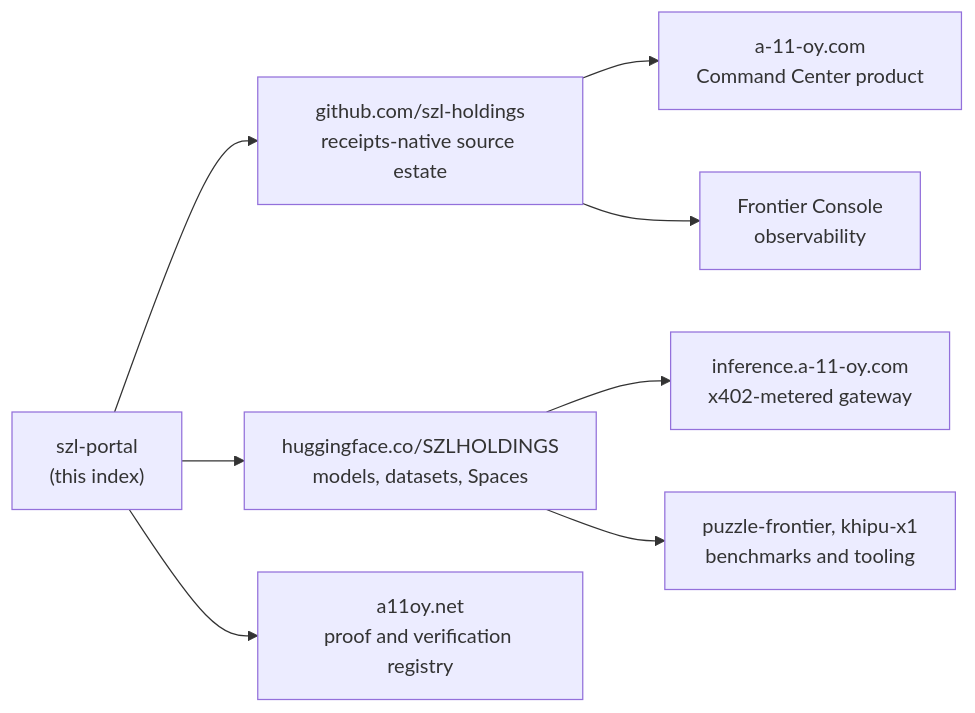
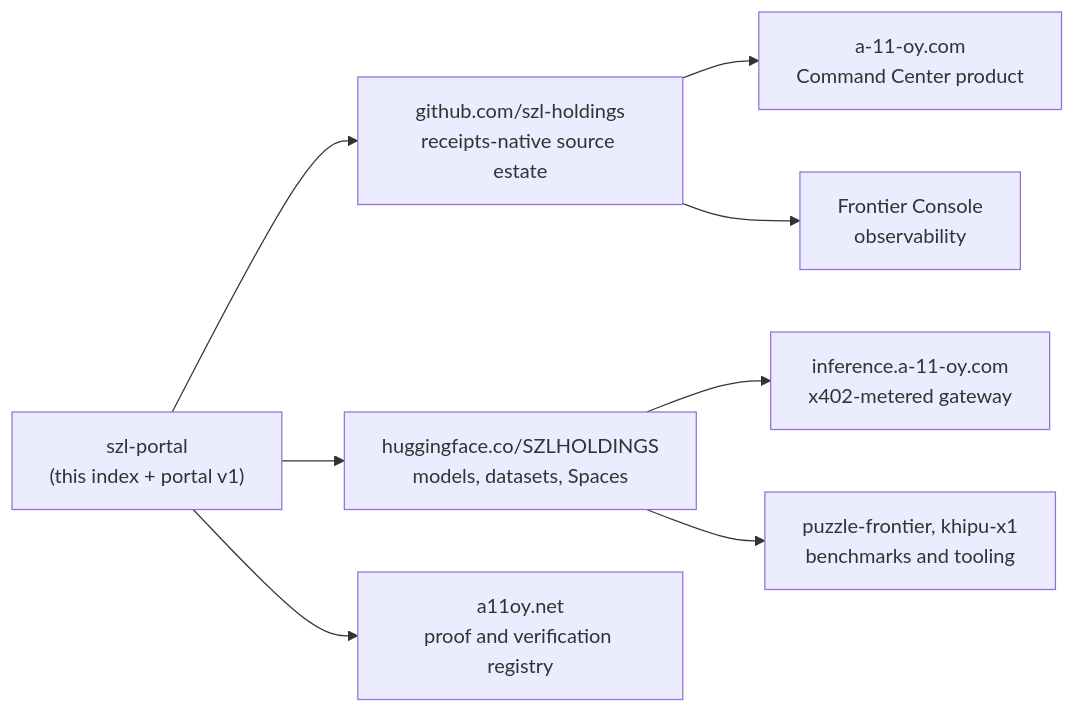
The diagram in README.md (szl-holdings/szl-portal), drawn with Mermaid before and after one commit. The commit also changed other lines of this file and 22 other files, not shown here.

First line of the commit message:
Portal v1: estate front door (frontend, FastAPI backend, szlholdings SDK, CI/CD, Cloudflare mirror) (#2)

````diff
--- a/README.md
+++ b/README.md
@@ -25,10 +46,10 @@
 ```mermaid
 graph LR
-    PORTAL["szl-portal<br/>(this index)"] --> GH["github.com/szl-holdings<br/>receipts-native source estate"]
+    PORTAL["szl-portal<br/>(this index + portal v1)"] --> GH["github.com/szl-holdings<br/>receipts-native source estate"]
     PORTAL --> HF["huggingface.co/SZLHOLDINGS<br/>models, datasets, Spaces"]
     PORTAL --> PROOF["a11oy.net<br/>proof and verification registry"]
     GH --> APP["a-11-oy.com<br/>Command Center product"]
     GH --> CONSOLE["Frontier Console<br/>observability"]
     HF --> INFER["inference.a-11-oy.com<br/>x402-metered gateway"]
     HF --> BENCH["puzzle-frontier, khipu-x1<br/>benchmarks and tooling"]
 ```
````
